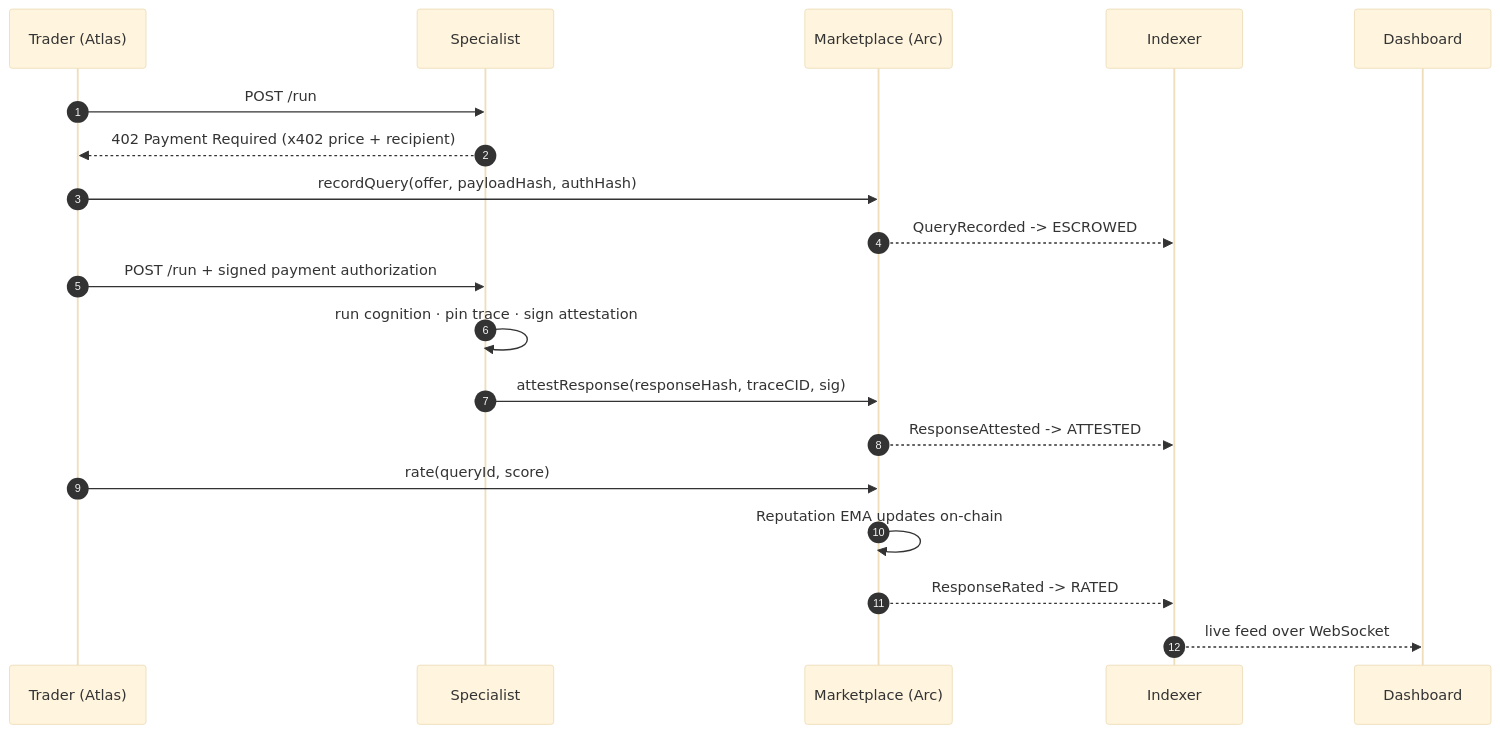
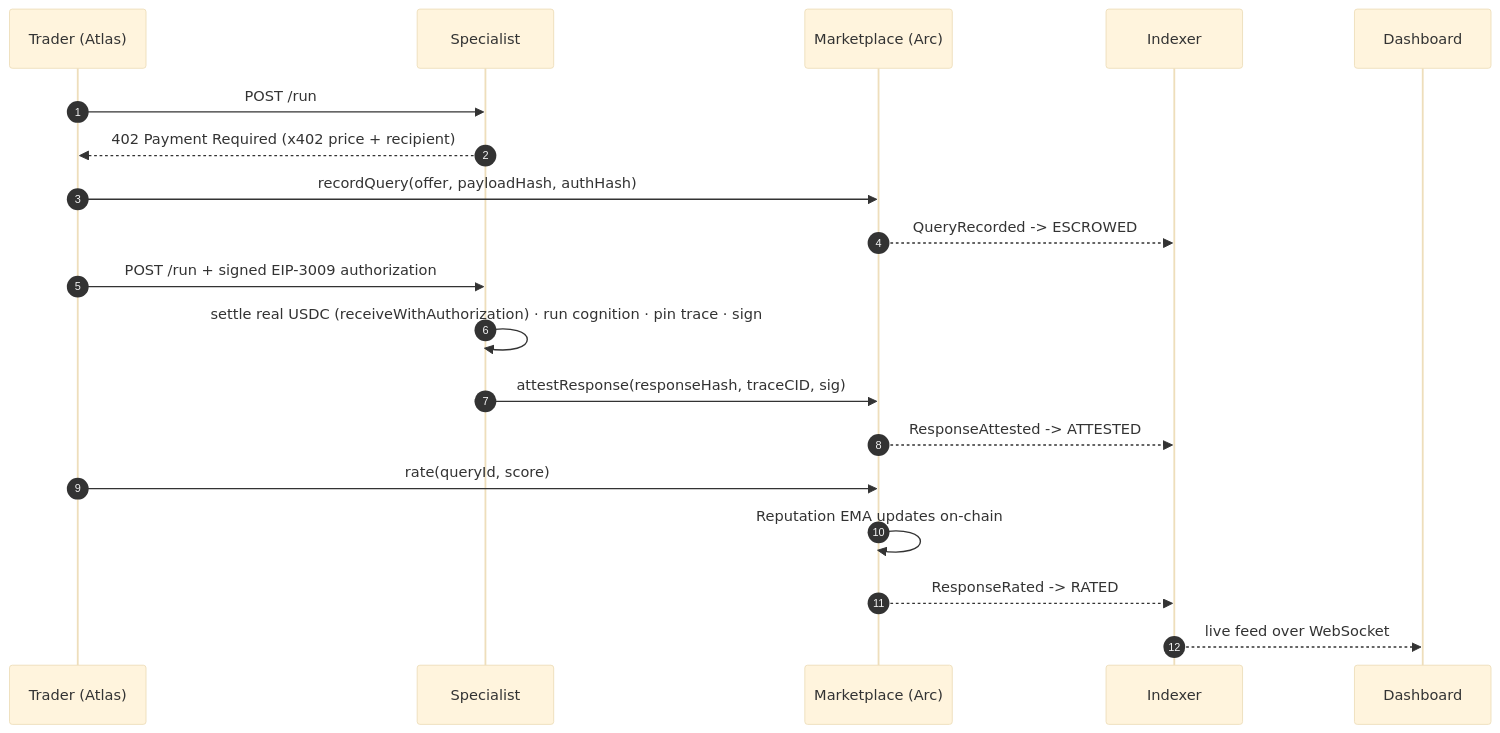
Before and after one commit to Enoch208/Logos: the second of 4 diagrams in README.md, drawn with Mermaid (base theme). The commit also changed other lines of this file, not shown here.

Commit message:
docs: README reflects real USDC settlement + current test counts

````diff
--- a/README.md
+++ b/README.md
@@ -82,22 +82,22 @@
 ```mermaid
 sequenceDiagram
     autonumber
     participant T as Trader (Atlas)
     participant S as Specialist
     participant M as Marketplace (Arc)
     participant I as Indexer
     participant D as Dashboard
 
     T->>S: POST /run
     S-->>T: 402 Payment Required (x402 price + recipient)
     T->>M: recordQuery(offer, payloadHash, authHash)
     M-->>I: QueryRecorded -> ESCROWED
-    T->>S: POST /run + signed payment authorization
-    S->>S: run cognition · pin trace · sign attestation
+    T->>S: POST /run + signed EIP-3009 authorization
+    S->>S: settle real USDC (receiveWithAuthorization) · run cognition · pin trace · sign
     S->>M: attestResponse(responseHash, traceCID, sig)
     M-->>I: ResponseAttested -> ATTESTED
     T->>M: rate(queryId, score)
     M->>M: Reputation EMA updates on-chain
     M-->>I: ResponseRated -> RATED
     I-->>D: live feed over WebSocket
 ```
````
